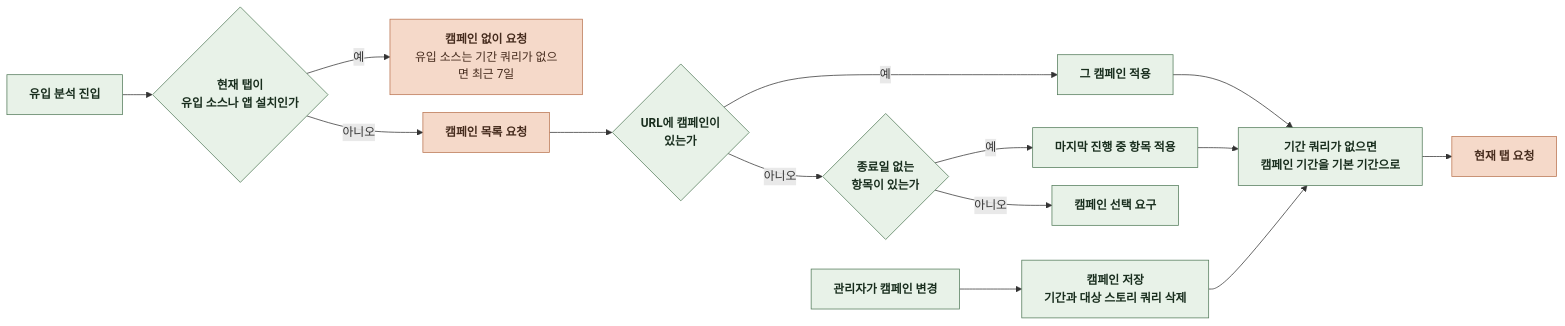
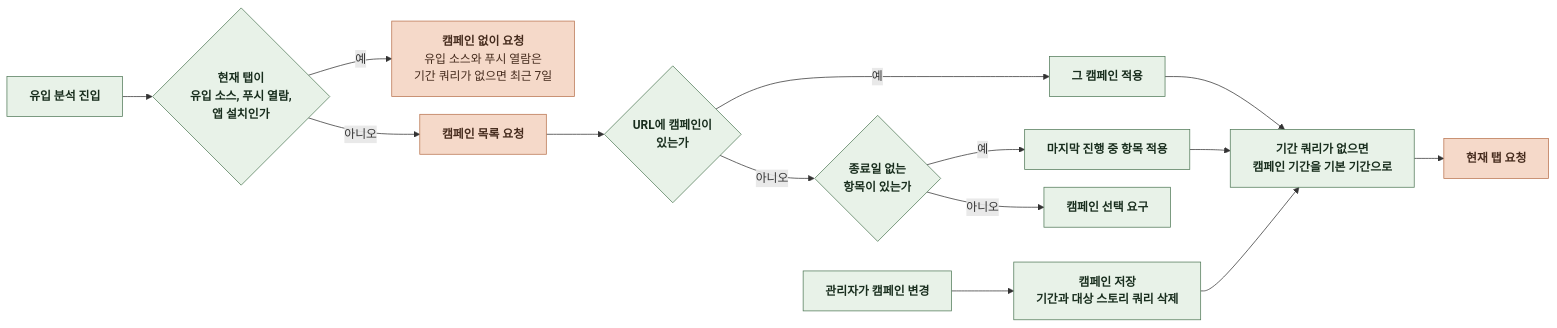
Before and after one commit to KIM-N-KANG/knk-harness: the second of 3 diagrams in docs/domain/ADMIN/WEB/3-4-INTERACTION-FLOWS.md, drawn with Mermaid. The commit also changed 17 other files, not shown here.

````diff
--- a/docs/domain/ADMIN/WEB/3-4-INTERACTION-FLOWS.md
+++ b/docs/domain/ADMIN/WEB/3-4-INTERACTION-FLOWS.md
@@ -46,27 +46,29 @@
 ```mermaid
 %%{init: {"flowchart": {"curve": "basis", "nodeSpacing": 24, "rankSpacing": 40}}}%%
 flowchart LR
     A["`**유입 분석 진입**`"] --> S{"`**현재 탭이
-유입 소스나 앱 설치인가**`"}
+유입 소스, 푸시 열람,
+앱 설치인가**`"}
     S -->|예| T["`**캠페인 없이 요청**
-유입 소스는 기간 쿼리가 없으면 최근 7일`"]
+유입 소스와 푸시 열람은
+기간 쿼리가 없으면 최근 7일`"]
     S -->|아니오| B["`**캠페인 목록 요청**`"]
     B --> C{"`**URL에 캠페인이
 있는가**`"}
     C -->|예| D["`**그 캠페인 적용**`"]
     C -->|아니오| E{"`**종료일 없는
 항목이 있는가**`"}
     E -->|예| F["`**마지막 진행 중 항목 적용**`"]
     E -->|아니오| G["`**캠페인 선택 요구**`"]
     D --> H["`**기간 쿼리가 없으면
 캠페인 기간을 기본 기간으로**`"]
     F --> H
     H --> I["`**현재 탭 요청**`"]
     J["`**관리자가 캠페인 변경**`"] --> K["`**캠페인 저장
 기간과 대상 스토리 쿼리 삭제**`"]
     K --> H
     classDef comp fill:#E8F2E8,stroke:#527A59,color:#182D1D
     classDef task fill:#F5D9C9,stroke:#B97450,color:#452B1D
     class A,C,D,E,F,G,H,J,K,S comp
     class B,I,T task
 ```
````
